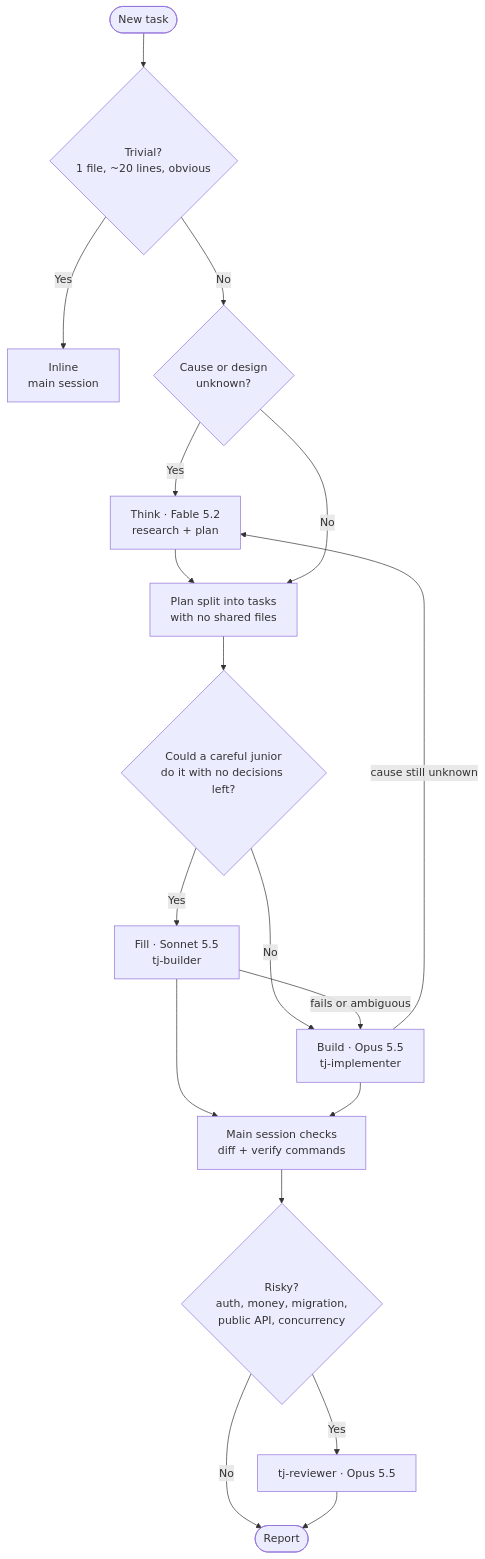
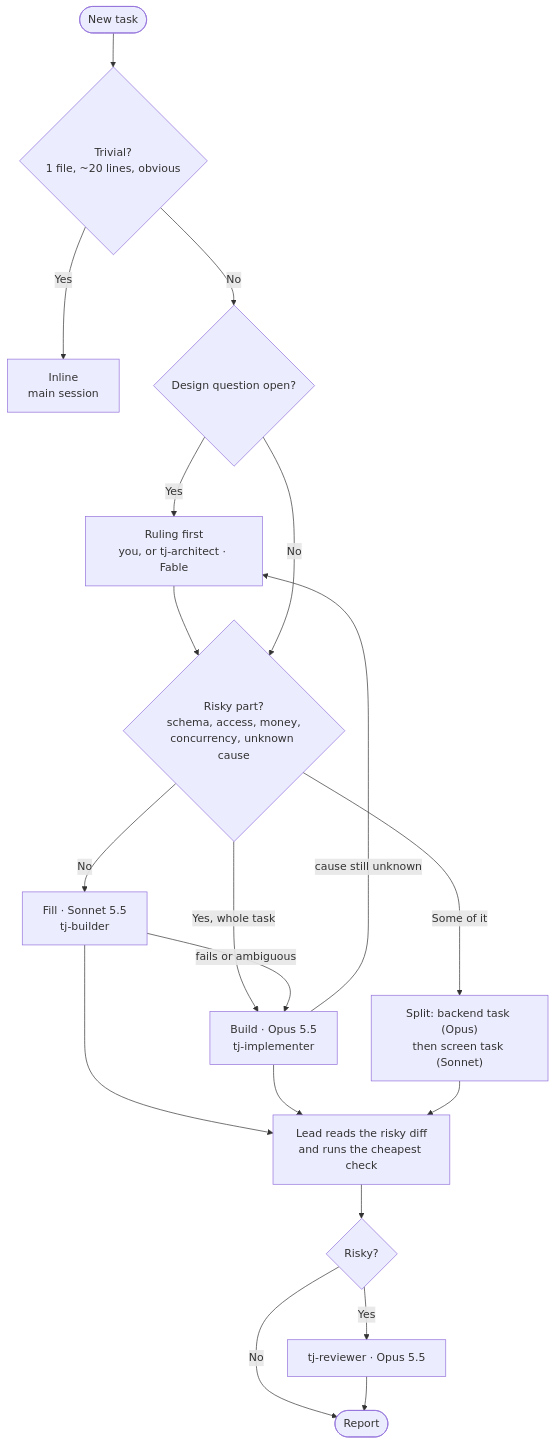
Before and after one commit to tjthouhid/tjforge: the fourth of 6 diagrams in README.md, drawn with Mermaid. The commit also changed other lines of this file and 24 other files, not shown here.

First line of the commit message:
feat: v2.0.0 cost-first routing for long multi-task builds

````diff
--- a/README.md
+++ b/README.md
@@ -208,20 +220,21 @@
 ```mermaid
 flowchart TD
     T([New task]) --> A{"Trivial?<br/>1 file, ~20 lines, obvious"}
     A -- Yes --> IN["Inline<br/>main session"]
-    A -- No --> B{"Cause or design<br/>unknown?"}
-    B -- Yes --> TH["Think · Fable 5.2<br/>research + plan"]
-    TH --> P["Plan split into tasks<br/>with no shared files"]
-    B -- No --> P
-    P --> E{"Could a careful junior<br/>do it with no decisions left?"}
-    E -- Yes --> F["Fill · Sonnet 5.5<br/>tj-builder"]
-    E -- No --> BU["Build · Opus 5.5<br/>tj-implementer"]
+    A -- No --> Q{"Design question open?"}
+    Q -- Yes --> R0["Ruling first<br/>you, or tj-architect · Fable"]
+    R0 --> S
+    Q -- No --> S{"Risky part?<br/>schema, access, money,<br/>concurrency, unknown cause"}
+    S -- "Yes, whole task" --> BU["Build · Opus 5.5<br/>tj-implementer"]
+    S -- "Some of it" --> SP["Split: backend task (Opus)<br/>then screen task (Sonnet)"]
+    S -- No --> F["Fill · Sonnet 5.5<br/>tj-builder"]
     F -- "fails or ambiguous" --> BU
-    BU -- "cause still unknown" --> TH
-    F --> V["Main session checks<br/>diff + verify commands"]
+    BU -- "cause still unknown" --> R0
+    F --> V["Lead reads the risky diff<br/>and runs the cheapest check"]
     BU --> V
-    V --> RK{"Risky?<br/>auth, money, migration,<br/>public API, concurrency"}
+    SP --> V
+    V --> RK{"Risky?"}
     RK -- Yes --> RV["tj-reviewer · Opus 5.5"]
     RK -- No --> DONE([Report])
     RV --> DONE
 ```
````
